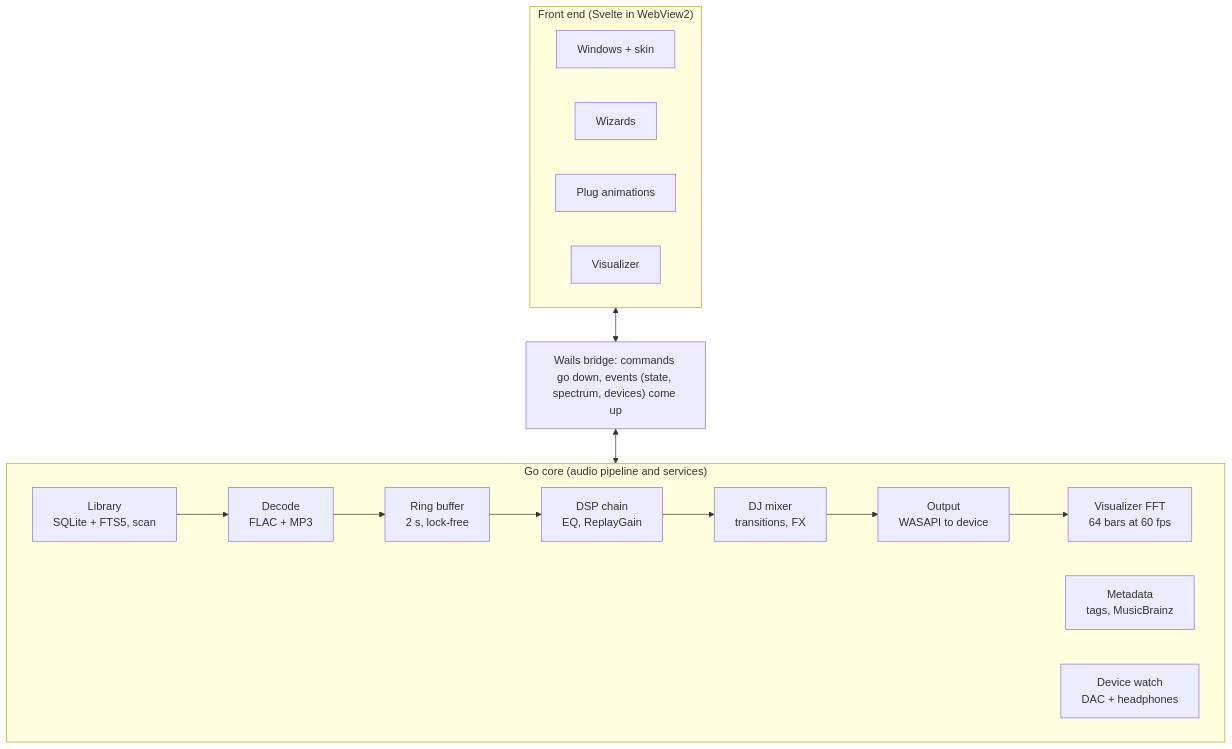
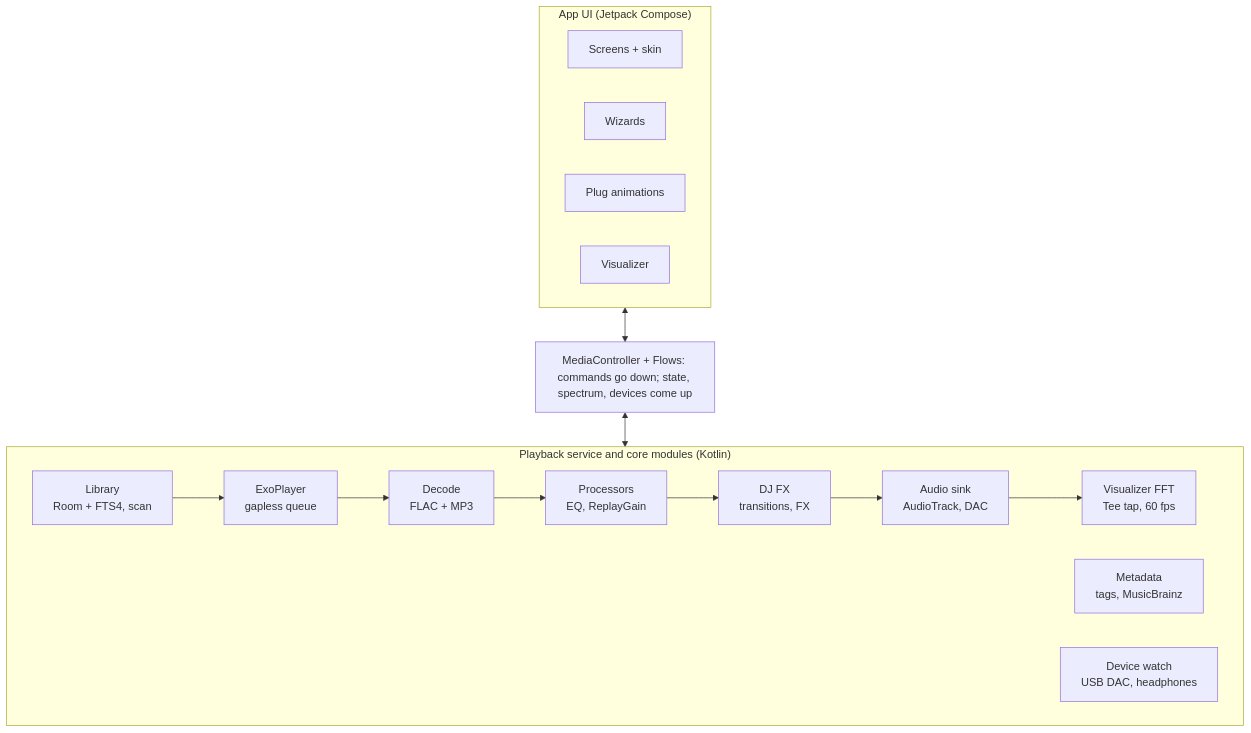
Before and after one commit to jose00735/Kororythm-: the first of 2 diagrams in docs/ARCHITECTURE.md, drawn with Mermaid. The commit also changed other lines of this file and 1 other file, not shown here.

First line of the commit message:
Retarget blueprint to Android (Kotlin, Compose, Media3)

````diff
--- a/docs/ARCHITECTURE.md
+++ b/docs/ARCHITECTURE.md
@@ -46,19 +50,19 @@
 ```mermaid
 flowchart TB
-  subgraph FE["Front end (Svelte in WebView2)"]
-    W[Windows + skin]
+  subgraph UI["App UI (Jetpack Compose)"]
+    S[Screens + skin]
     WZ[Wizards]
     AN[Plug animations]
     VZ[Visualizer]
   end
-  BR["Wails bridge: commands go down, events (state, spectrum, devices) come up"]
-  subgraph CORE["Go core (audio pipeline and services)"]
+  BR["MediaController + Flows: commands go down; state, spectrum, devices come up"]
+  subgraph CORE["Playback service and core modules (Kotlin)"]
     direction LR
-    DEC["Decode<br/>FLAC + MP3"] --> RB["Ring buffer<br/>2 s, lock-free"] --> DSP["DSP chain<br/>EQ, ReplayGain"] --> DJ["DJ mixer<br/>transitions, FX"] --> OUT["Output<br/>WASAPI to device"]
-    LIB["Library<br/>SQLite + FTS5, scan"] --> DEC
+    EXO["ExoPlayer<br/>gapless queue"] --> DEC["Decode<br/>FLAC + MP3"] --> PROC["Processors<br/>EQ, ReplayGain"] --> DJ["DJ FX<br/>transitions, FX"] --> SINK["Audio sink<br/>AudioTrack, DAC"]
+    LIB["Library<br/>Room + FTS4, scan"] --> EXO
     META["Metadata<br/>tags, MusicBrainz"]
-    DEV["Device watch<br/>DAC + headphones"]
-    OUT --> FFT["Visualizer FFT<br/>64 bars at 60 fps"]
+    DEV["Device watch<br/>USB DAC, headphones"]
+    SINK --> FFT["Visualizer FFT<br/>Tee tap, 60 fps"]
   end
-  FE <--> BR <--> CORE
+  UI <--> BR <--> CORE
 ```
````
